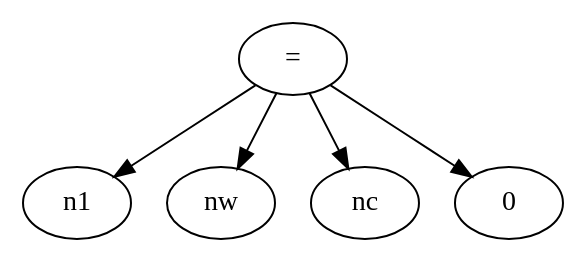
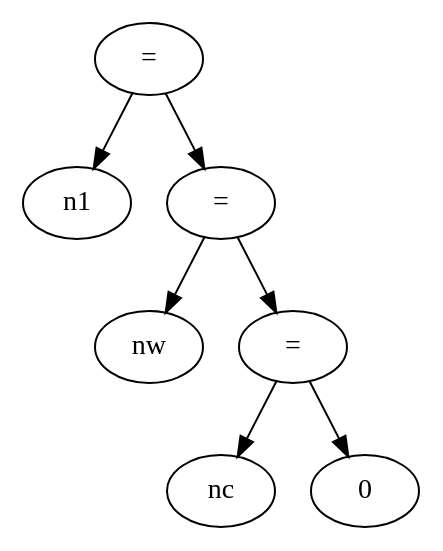
One commit to sebastiangilberto/SSL changed the diagram in 05-WL/expression-tree-1.gv. Above: the diagram before and after it, drawn with Graphviz. The commit also changed 11 other files, not shown here.

```diff
--- a/05-WL/expression-tree-1.gv
+++ b/05-WL/expression-tree-1.gv
@@ -1,15 +1,19 @@
 digraph expression_tree_1 {
     graph [ordering="out"];
 
-    eq [ label = "=" ]
+    Eq1 [ label = "=" ]
+    Eq2 [ label = "=" ]
+    Eq3 [ label = "=" ]
     
     n1 [ label = "n1" ]
     nw [ label = "nw" ]
     nc [ label = "nc" ]
     zero [label = "0" ]
 
-    eq -> n1
-    eq -> nw
-    eq -> nc
-    eq -> zero
+    Eq1 -> n1
+    Eq1 -> Eq2
+    Eq2 -> nw
+    Eq2 -> Eq3
+    Eq3 -> nc
+    Eq3 -> zero
 }
```
